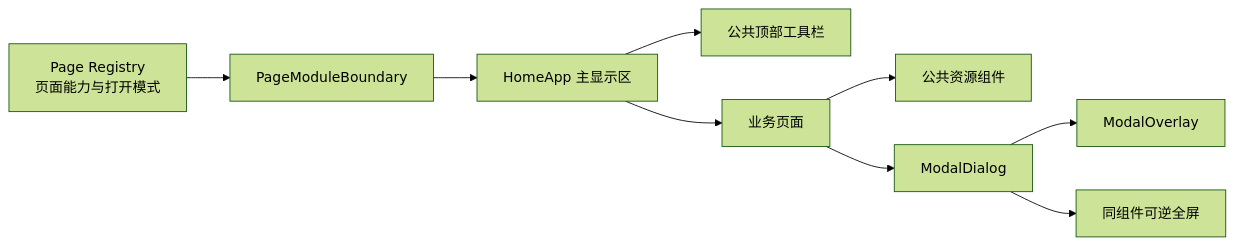
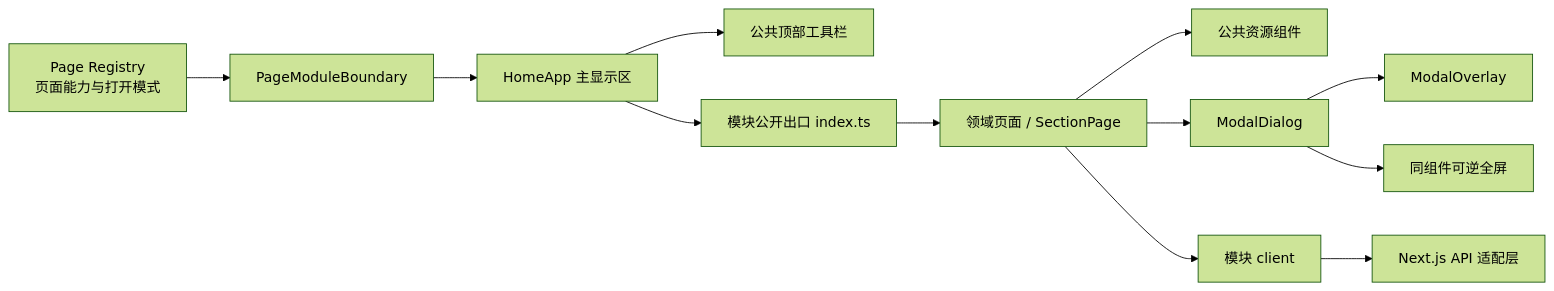
One commit to goldf2/mes-lite changed the second of 2 diagrams in docs/architecture/系统结构图.md. Above: the diagram before and after it, drawn with Mermaid (forest theme). The commit also changed 33 other files, not shown here.

````diff
--- a/docs/architecture/系统结构图.md
+++ b/docs/architecture/系统结构图.md
@@ -63,11 +63,14 @@
 ```mermaid
 flowchart LR
   Registry["Page Registry\n页面能力与打开模式"] --> Boundary["PageModuleBoundary"]
   Boundary --> Shell["HomeApp 主显示区"]
   Shell --> Toolbar["公共顶部工具栏"]
-  Shell --> Page["业务页面"]
+  Shell --> Gateway["模块公开出口 index.ts"]
+  Gateway --> Page["领域页面 / SectionPage"]
   Page --> Resource["公共资源组件"]
   Page --> Dialog["ModalDialog"]
+  Page --> Client["模块 client"]
+  Client --> API["Next.js API 适配层"]
   Dialog --> Overlay["ModalOverlay"]
   Dialog --> Fullscreen["同组件可逆全屏"]
 ```
````
